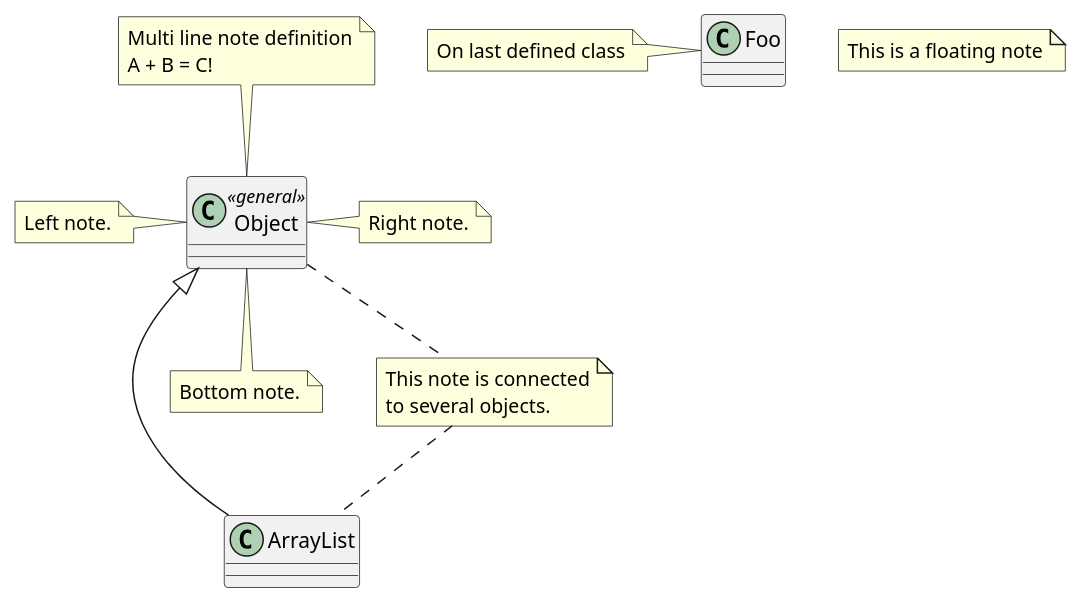
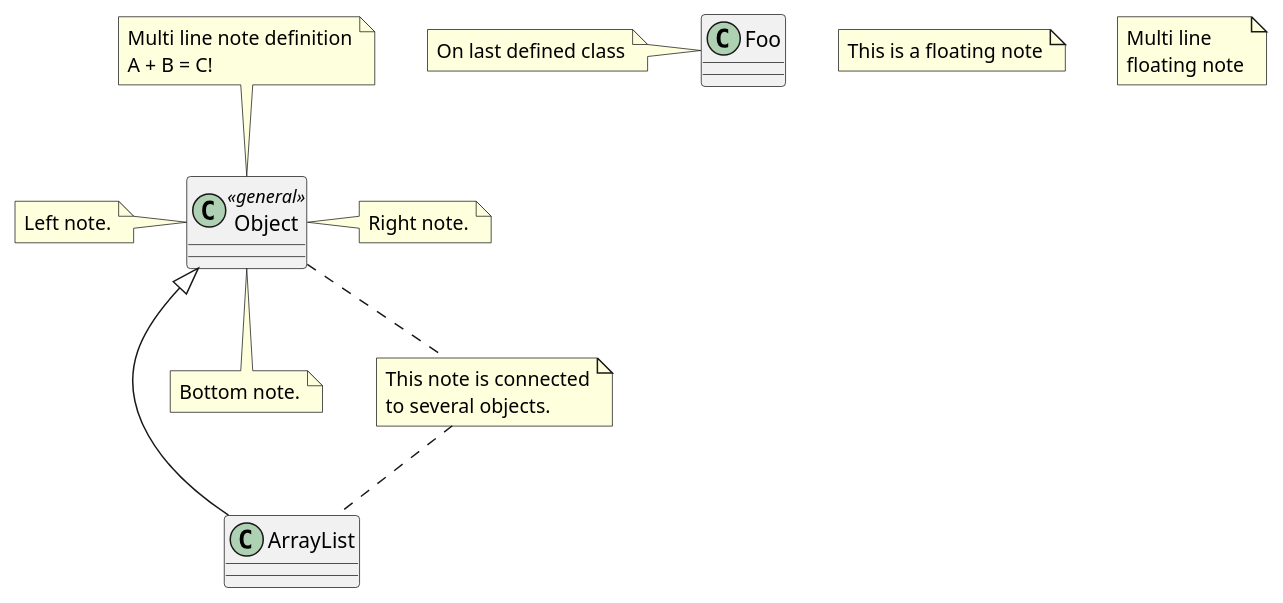
The diagram in examples/10_notes.puml (Tomas124589/pyplaml), drawn with PlantUML before and after one commit. The commit also changed 2 other files, not shown here.

Commit message:
Alternative floating note definition

```diff
--- a/examples/10_notes.puml
+++ b/examples/10_notes.puml
@@ -1,22 +1,27 @@
 @startuml
 class Object << general >>
 Object <|--- ArrayList
 
 note top of Object
     Multi line note definition
     A + B = C!
 end note
 
 note right of Object : Right note.
 note bottom of Object : Bottom note.
 note left of Object : Left note.
 
 note "This is a floating note" as N1
+note AS float_note
+    Multi line
+    floating note
+end note
+
 note "This note is connected\nto several objects." as N2
 Object .. N2
 N2 .. ArrayList
 
 class Foo
 note left: On last defined class
 
 @enduml
```
